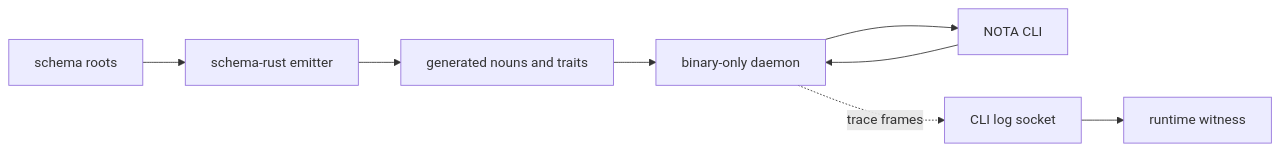
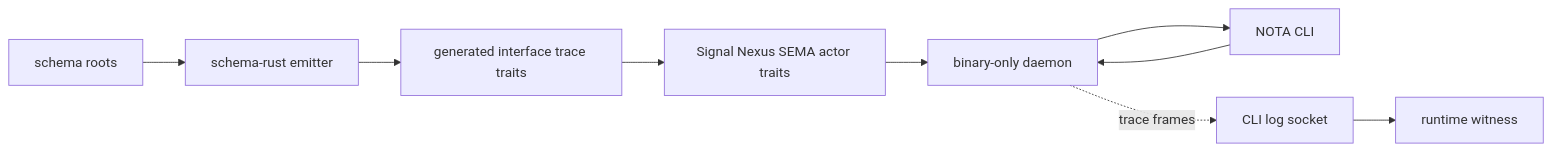
One commit to LiGoldragon/primary changed the second of 2 diagrams in reports/operator/278-gap-vision-and-subagent-implementation-brief-2026-06-01.md. Above: the diagram before and after it, drawn with Mermaid. The commit also changed other lines of this file, not shown here.

Commit message:
operator: update trace brief for interface traits

````diff
--- a/reports/operator/278-gap-vision-and-subagent-implementation-brief-2026-06-01.md
+++ b/reports/operator/278-gap-vision-and-subagent-implementation-brief-2026-06-01.md
@@ -43,10 +44,11 @@
 ```mermaid
 flowchart LR
     schema["schema roots"] --> emitter["schema-rust emitter"]
-    emitter --> nouns["generated nouns and traits"]
-    nouns --> daemon["binary-only daemon"]
+    emitter --> traits["generated interface trace traits"]
+    traits --> actors["Signal Nexus SEMA actor traits"]
+    actors --> daemon["binary-only daemon"]
     cli["NOTA CLI"] --> daemon
     daemon --> cli
     daemon -.trace frames.-> log["CLI log socket"]
     log --> witness["runtime witness"]
 ```
````
